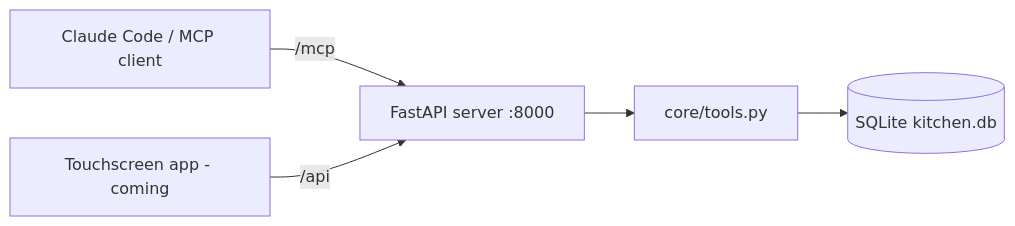
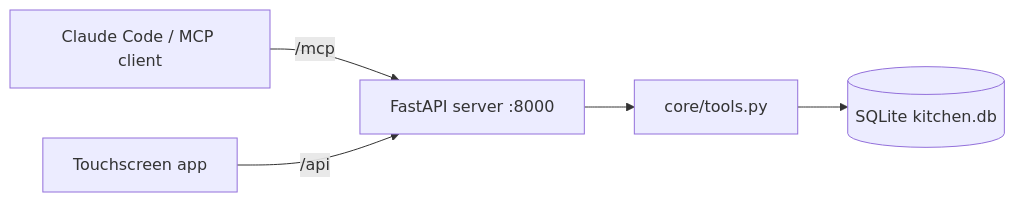
The diagram in README.md (chrislojacono/kitchen-hub), drawn with Mermaid before and after one commit. The commit also changed other lines of this file and 6 other files, not shown here.

````diff
--- a/README.md
+++ b/README.md
@@ -16,7 +19,7 @@
 ```mermaid
 flowchart LR
     CC[Claude Code / MCP client] -- /mcp --> S
-    UI[Touchscreen app - coming] -- /api --> S
+    UI[Touchscreen app] -- /api --> S
     S[FastAPI server :8000] --> T[core/tools.py]
     T --> DB[(SQLite kitchen.db)]
 ```
````
